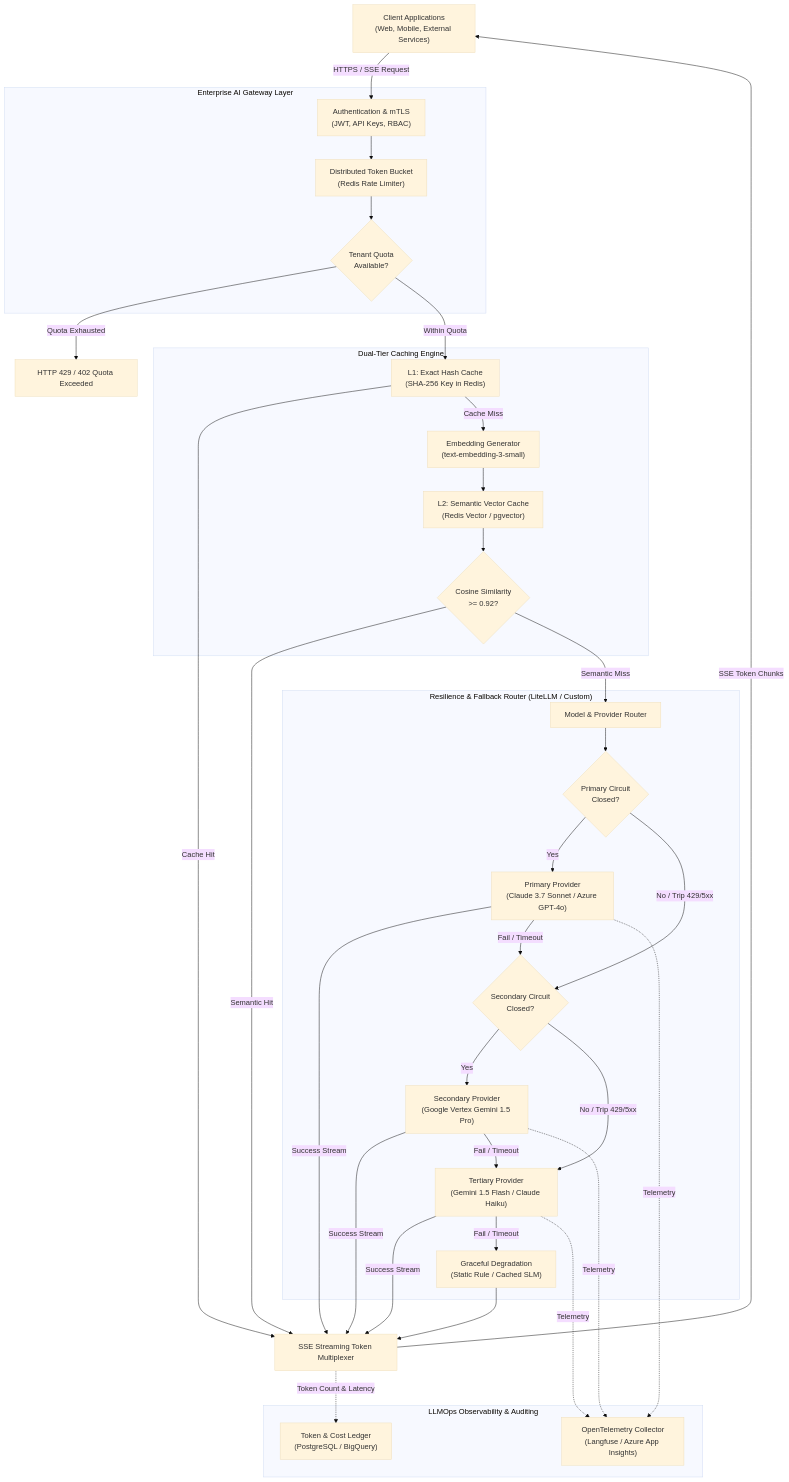
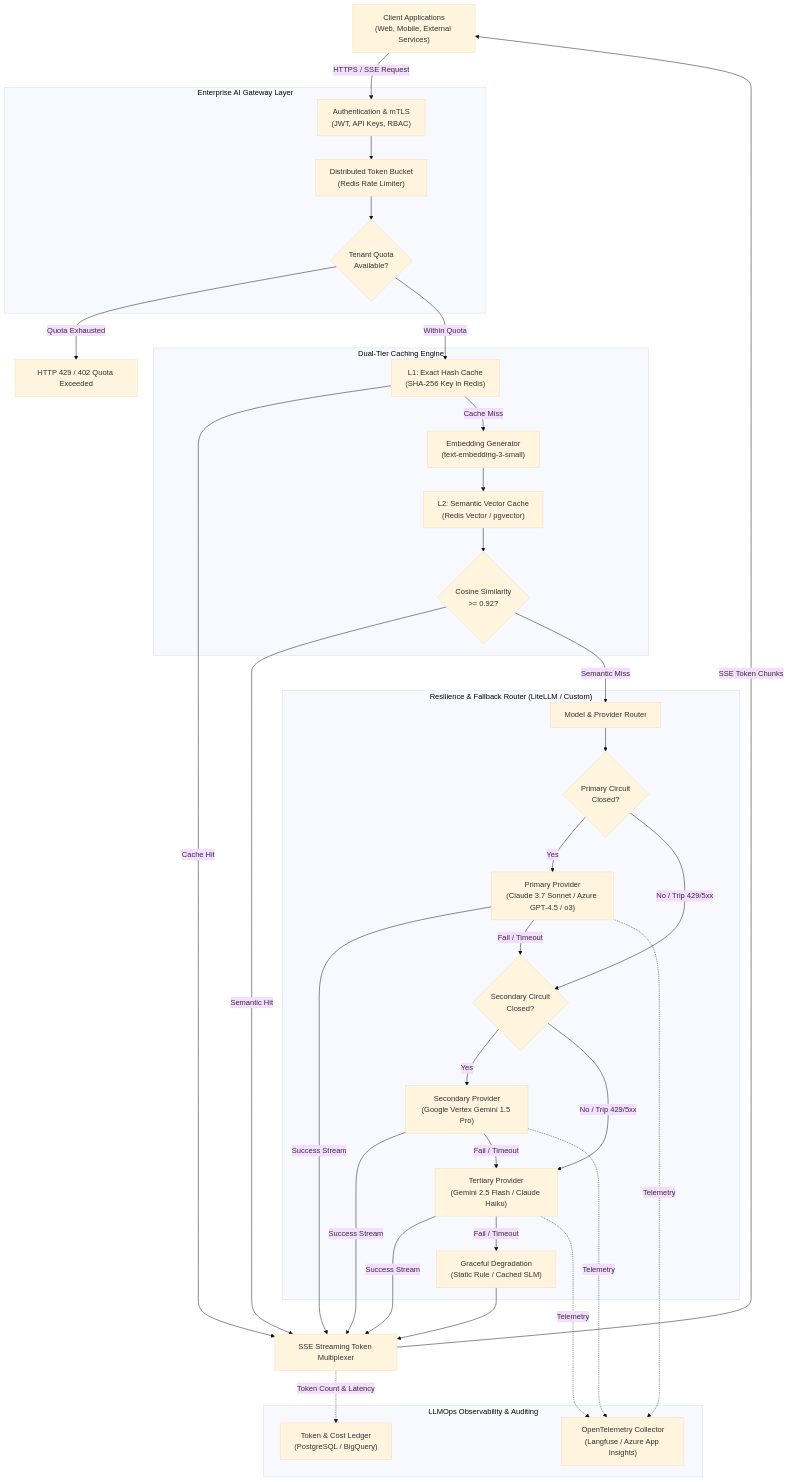
One commit to dip4k/senior-engineer-to-ai-engineer-roadmap changed diagram 13 of 14 in 07-production-deployment-and-llmops/README.md. Above: the diagram before and after it, drawn with Mermaid (base theme). The commit also changed other lines of this file and 39 other files, not shown here.

First line of the commit message:
Enhance use case documentation for Enterprise AI, including new architectural standards and resilience implementations

````diff
--- a/07-production-deployment-and-llmops/README.md
+++ b/07-production-deployment-and-llmops/README.md
@@ -521,68 +1139,68 @@
 ```mermaid
 flowchart TD
     Client["Client Applications<br/>(Web, Mobile, External Services)"]
     
     subgraph IngressGateway["Enterprise AI Gateway Layer"]
         Auth["Authentication & mTLS<br/>(JWT, API Keys, RBAC)"]
         RateLimiter["Distributed Token Bucket<br/>(Redis Rate Limiter)"]
         QuotaCheck{"Tenant Quota<br/>Available?"}
     end
 
     subgraph CachingLayer["Dual-Tier Caching Engine"]
         L1Cache["L1: Exact Hash Cache<br/>(SHA-256 Key in Redis)"]
         Embedder["Embedding Generator<br/>(text-embedding-3-small)"]
         L2Cache["L2: Semantic Vector Cache<br/>(Redis Vector / pgvector)"]
         ThresholdCheck{"Cosine Similarity<br/>>= 0.92?"}
     end
 
     subgraph ResilienceRouter["Resilience & Fallback Router (LiteLLM / Custom)"]
         Router["Model & Provider Router"]
         CB1{"Primary Circuit<br/>Closed?"}
         CB2{"Secondary Circuit<br/>Closed?"}
-        PrimaryModel["Primary Provider<br/>(Claude 3.7 Sonnet / Azure GPT-4o)"]
+        PrimaryModel["Primary Provider<br/>(Claude 3.7 Sonnet / Azure GPT-4.5 / o3)"]
         SecondaryModel["Secondary Provider<br/>(Google Vertex Gemini 1.5 Pro)"]
-        TertiaryModel["Tertiary Provider<br/>(Gemini 1.5 Flash / Claude Haiku)"]
+        TertiaryModel["Tertiary Provider<br/>(Gemini 2.5 Flash / Claude Haiku)"]
         DegradedFallback["Graceful Degradation<br/>(Static Rule / Cached SLM)"]
     end
 
     subgraph Observability["LLMOps Observability & Auditing"]
         OTel["OpenTelemetry Collector<br/>(Langfuse / Azure App Insights)"]
         CostAuditor["Token & Cost Ledger<br/>(PostgreSQL / BigQuery)"]
     end
 
     Client -->|HTTPS / SSE Request| Auth
     Auth --> RateLimiter
     RateLimiter --> QuotaCheck
     QuotaCheck -->|Quota Exhausted| ErrQuota["HTTP 429 / 402 Quota Exceeded"]
     QuotaCheck -->|Within Quota| L1Cache
 
     L1Cache -->|Cache Hit| StreamBack["SSE Streaming Token Multiplexer"]
     L1Cache -->|Cache Miss| Embedder
     Embedder --> L2Cache
     L2Cache --> ThresholdCheck
 
     ThresholdCheck -->|Semantic Hit| StreamBack
     ThresholdCheck -->|Semantic Miss| Router
 
     Router --> CB1
     CB1 -->|Yes| PrimaryModel
     CB1 -->|No / Trip 429/5xx| CB2
     PrimaryModel -->|Success Stream| StreamBack
     PrimaryModel -->|Fail / Timeout| CB2
 
     CB2 -->|Yes| SecondaryModel
     CB2 -->|No / Trip 429/5xx| TertiaryModel
     SecondaryModel -->|Success Stream| StreamBack
     SecondaryModel -->|Fail / Timeout| TertiaryModel
 
     TertiaryModel -->|Success Stream| StreamBack
     TertiaryModel -->|Fail / Timeout| DegradedFallback
     DegradedFallback --> StreamBack
 
     StreamBack -->|SSE Token Chunks| Client
 
     PrimaryModel -.->|Telemetry| OTel
     SecondaryModel -.->|Telemetry| OTel
     TertiaryModel -.->|Telemetry| OTel
     StreamBack -.->|Token Count & Latency| CostAuditor
 ```
````
